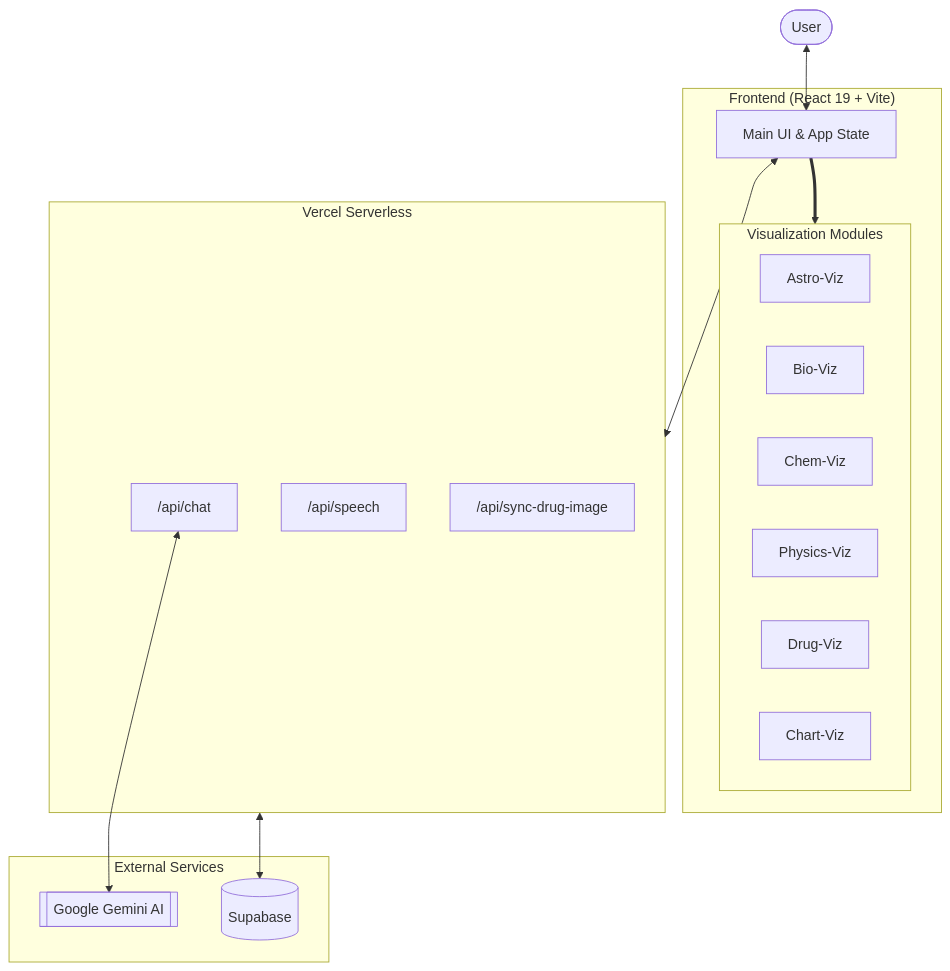
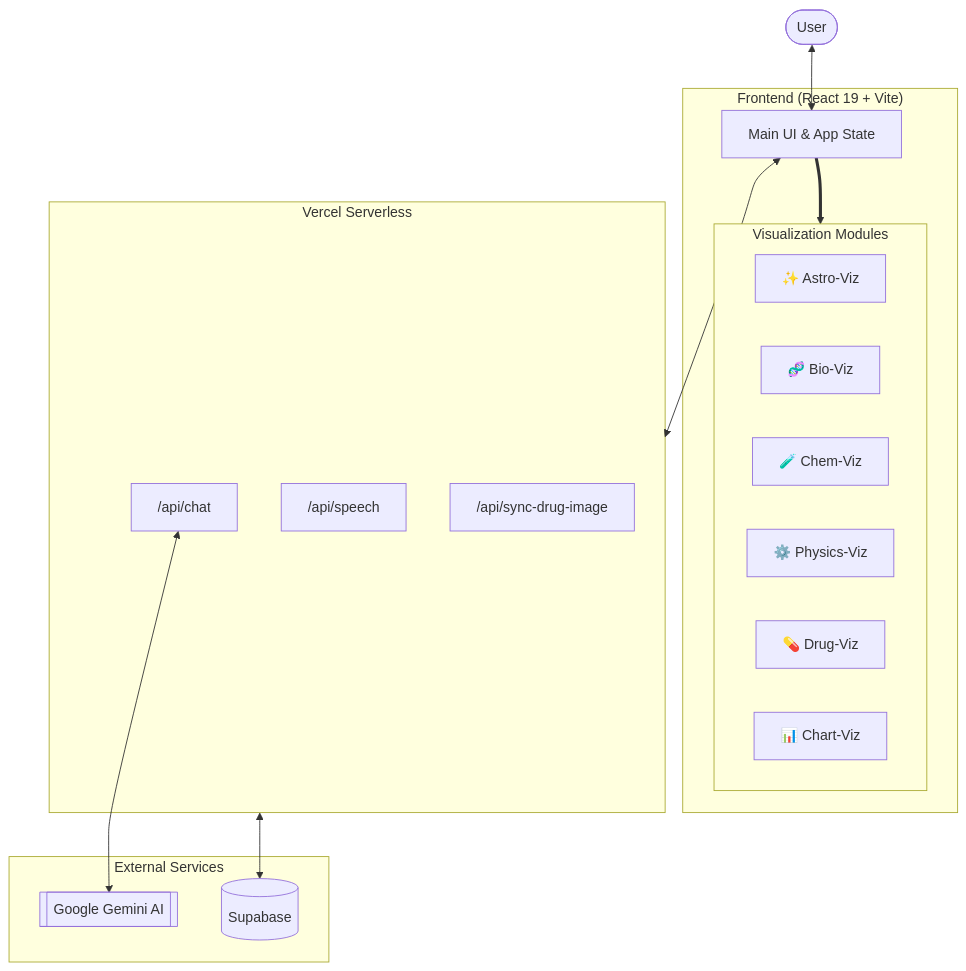
Before and after one commit to jpjp92/chat-agent: the first of 2 diagrams in README.md, drawn with Mermaid. The commit also changed other lines of this file, not shown here.

````diff
--- a/README.md
+++ b/README.md
@@ -58,27 +58,27 @@
 ```mermaid
 flowchart TB
     User([User])
 
     subgraph Frontend ["Frontend (React 19 + Vite)"]
         UI[Main UI & App State]
         subgraph Visualizers ["Visualization Modules"]
-            Astro["Astro-Viz"] & Bio["Bio-Viz"] & Chem["Chem-Viz"]
-            Phy["Physics-Viz"] & Drug["Drug-Viz"] & Charts["Chart-Viz"]
+            Astro["✨ Astro-Viz"] & Bio["🧬 Bio-Viz"] & Chem["🧪 Chem-Viz"]
+            Phy["⚙️ Physics-Viz"] & Drug["💊 Drug-Viz"] & Charts["📊 Chart-Viz"]
         end
     end
 
     subgraph Backend ["Vercel Serverless"]
         ChatPipe["/api/chat"] & TTS["/api/speech"] & Sync["/api/sync-drug-image"]
     end
 
     subgraph Providers ["External Services"]
         Gemini[["Google Gemini AI"]]
         Supabase[("Supabase")]
     end
 
     User <--> UI
     UI ==> Visualizers
     UI <--> Backend
     ChatPipe <--> Gemini
     Backend <--> Supabase
 ```
````
